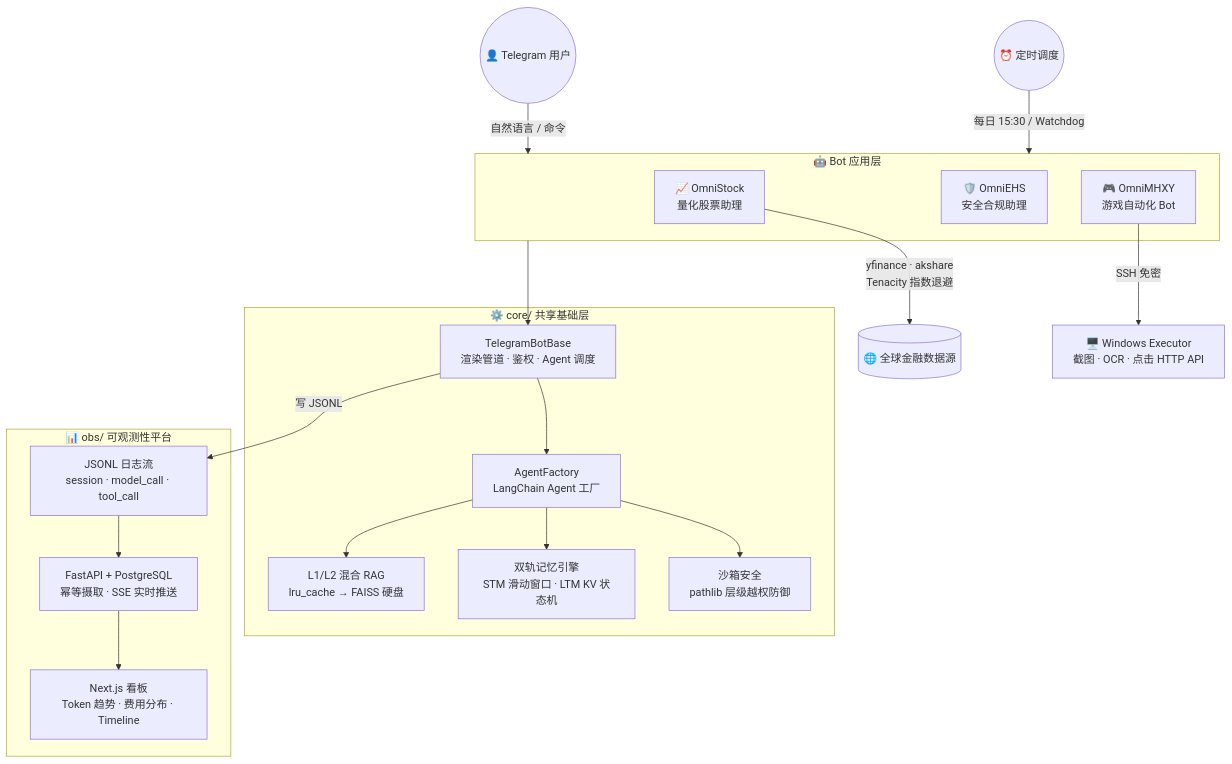
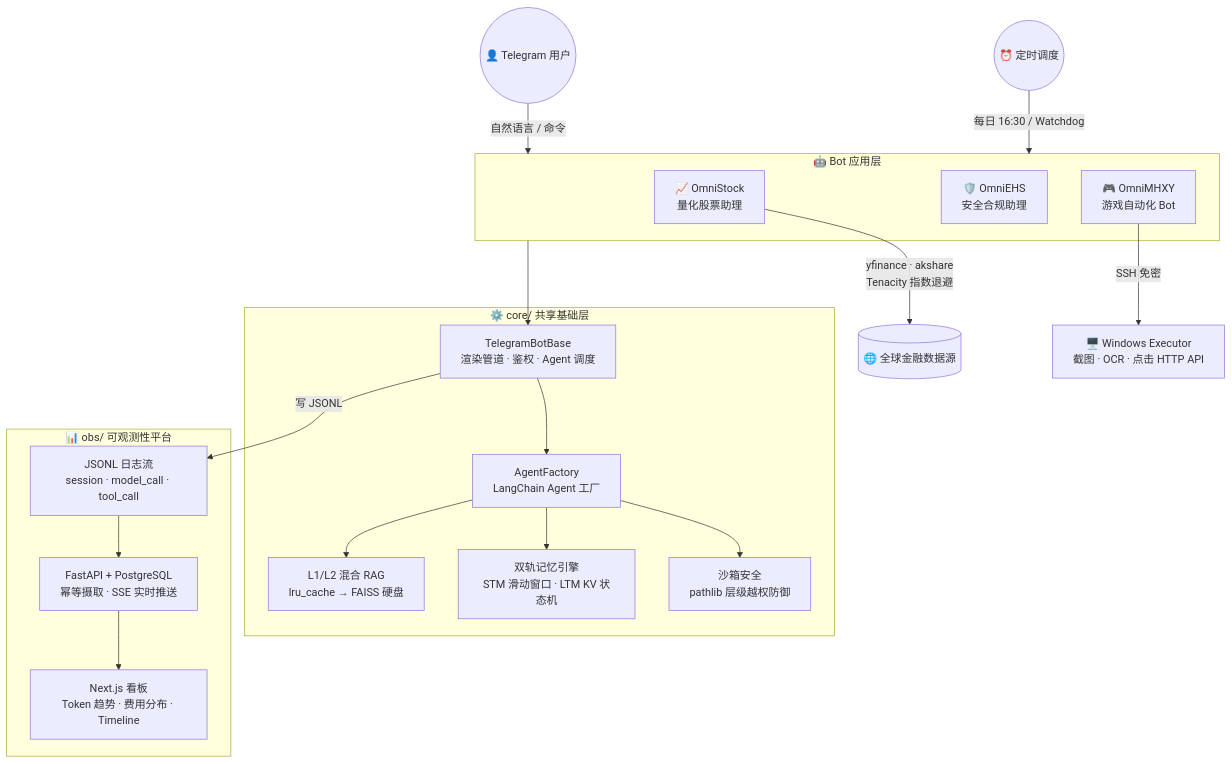
The diagram in README.md (Davidshu-git/omnibot), drawn with Mermaid before and after one commit. The commit also changed other lines of this file and 3 other files, not shown here.

````diff
--- a/README.md
+++ b/README.md
@@ -19,37 +19,37 @@
 ```mermaid
 graph TD
     User((👤 Telegram 用户)) --> |自然语言 / 命令| Layer_Bots
-    Scheduler((⏰ 定时调度)) --> |每日 15:30 / Watchdog| Layer_Bots
+    Scheduler((⏰ 定时调度)) --> |每日 16:30 / Watchdog| Layer_Bots
 
     subgraph Layer_Bots ["🤖 Bot 应用层"]
         Stock["📈 OmniStock<br/>量化股票助理"]
         EHS["🛡️ OmniEHS<br/>安全合规助理"]
         MHXY["🎮 OmniMHXY<br/>游戏自动化 Bot"]
     end
 
     subgraph Layer_Core ["⚙️ core/ 共享基础层"]
         TgBase["TelegramBotBase<br/>渲染管道 · 鉴权 · Agent 调度"]
         AgentFactory["AgentFactory<br/>LangChain Agent 工厂"]
         RAG["L1/L2 混合 RAG<br/>lru_cache → FAISS 硬盘"]
         Memory["双轨记忆引擎<br/>STM 滑动窗口 · LTM KV 状态机"]
         Sandbox["沙箱安全<br/>pathlib 层级越权防御"]
     end
 
     subgraph Layer_Obs ["📊 obs/ 可观测性平台"]
         JSONL["JSONL 日志流<br/>session · model_call · tool_call"]
         ObsAPI["FastAPI + PostgreSQL<br/>幂等摄取 · SSE 实时推送"]
         Dashboard["Next.js 看板<br/>Token 趋势 · 费用分布 · Timeline"]
     end
 
     Layer_Bots --> TgBase
     TgBase --> AgentFactory
     AgentFactory --> RAG
     AgentFactory --> Memory
     AgentFactory --> Sandbox
     TgBase -->|写 JSONL| JSONL
     JSONL --> ObsAPI
     ObsAPI --> Dashboard
 
     Stock -->|yfinance · akshare<br/>Tenacity 指数退避| DataSrc[("🌐 全球金融数据源")]
     MHXY -->|SSH 免密| Executor["🖥️ Windows Executor<br/>截图 · OCR · 点击 HTTP API"]
 ```
````
